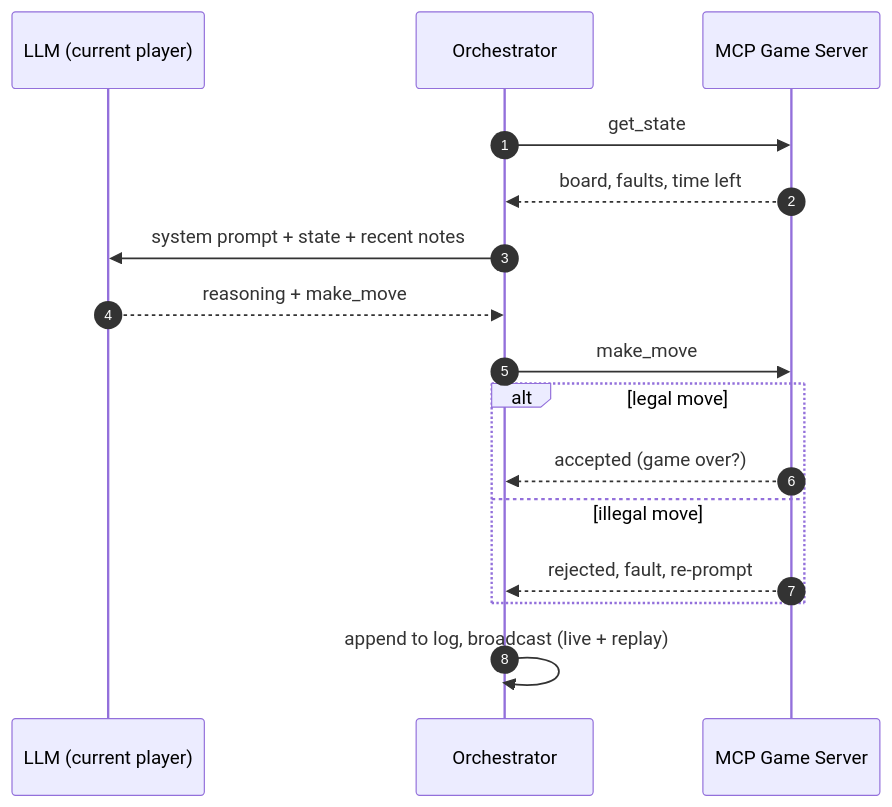
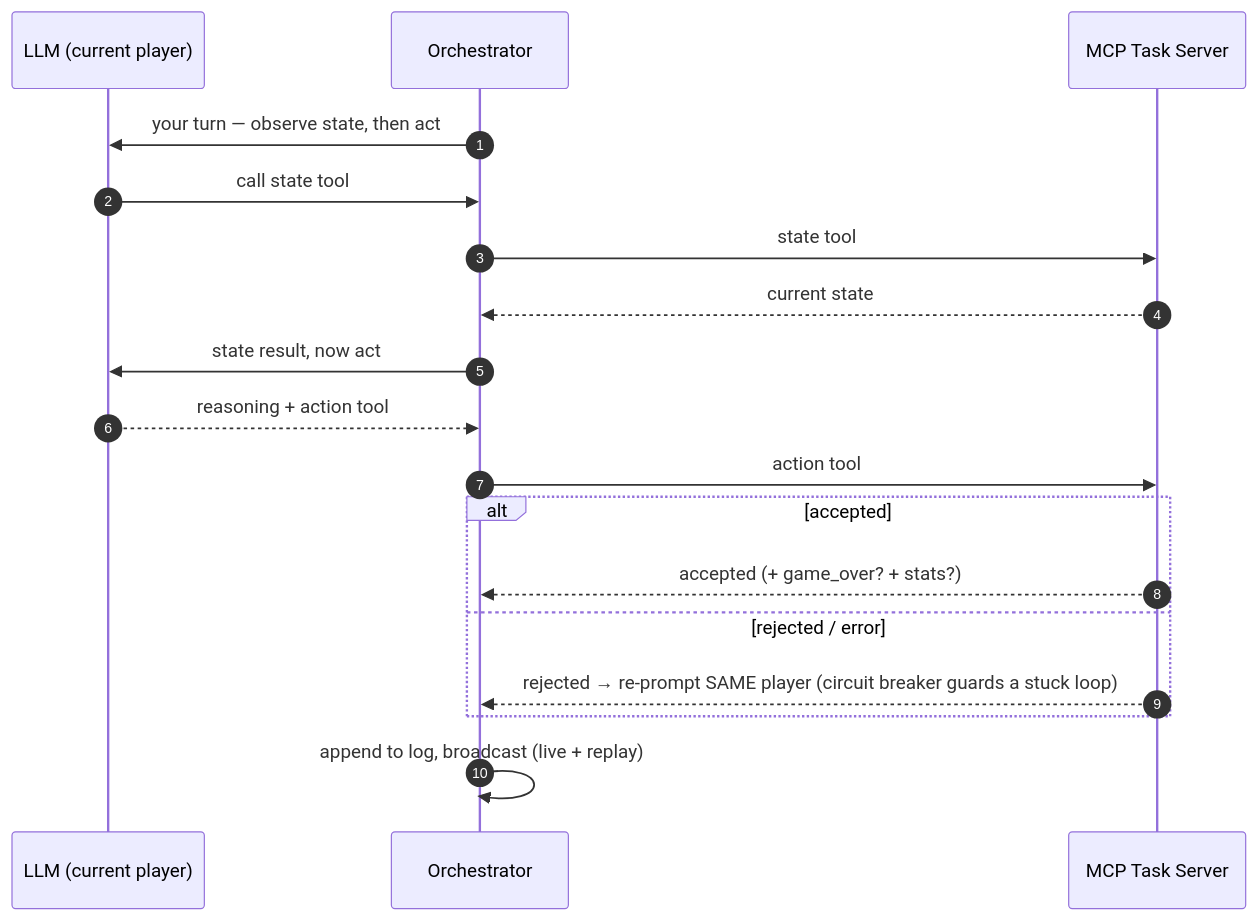
The second of 2 diagrams in README.md (Roslando/AgentArena), drawn with Mermaid before and after one commit. The commit also changed other lines of this file and 22 other files, not shown here.

````diff
--- a/README.md
+++ b/README.md
@@ -133,18 +147,20 @@
 ```mermaid
 sequenceDiagram
     autonumber
     participant L as LLM (current player)
     participant E as Orchestrator
-    participant G as MCP Game Server
-    E->>G: get_state
-    G-->>E: board, faults, time left
-    E->>L: system prompt + state + recent notes
-    L-->>E: reasoning + make_move
-    E->>G: make_move
-    alt legal move
-        G-->>E: accepted (game over?)
-    else illegal move
-        G-->>E: rejected, fault, re-prompt
+    participant T as MCP Task Server
+    E->>L: your turn — observe state, then act
+    L->>E: call state tool
+    E->>T: state tool
+    T-->>E: current state
+    E->>L: state result, now act
+    L-->>E: reasoning + action tool
+    E->>T: action tool
+    alt accepted
+        T-->>E: accepted (+ game_over? + stats?)
+    else rejected / error
+        T-->>E: rejected → re-prompt SAME player (circuit breaker guards a stuck loop)
     end
     E->>E: append to log, broadcast (live + replay)
 ```
````
